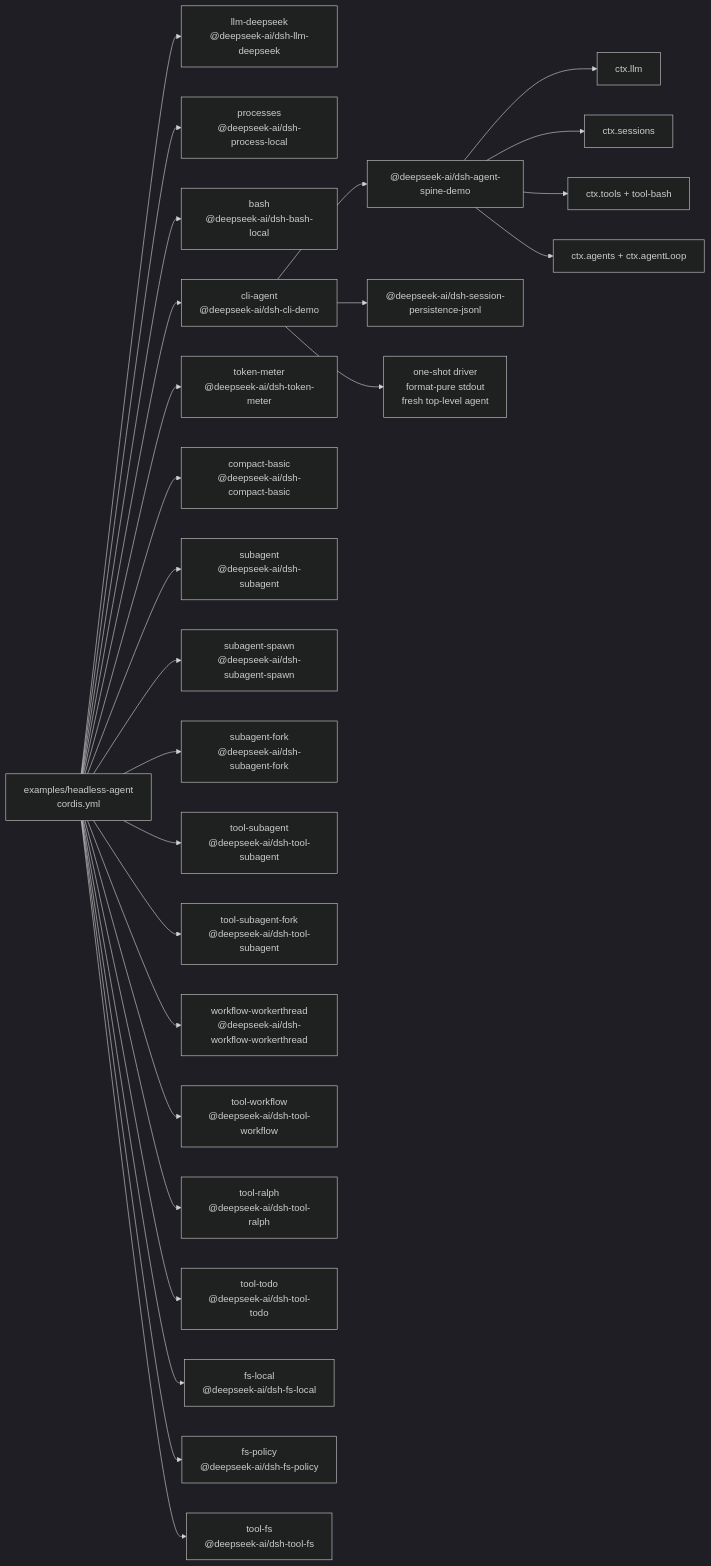
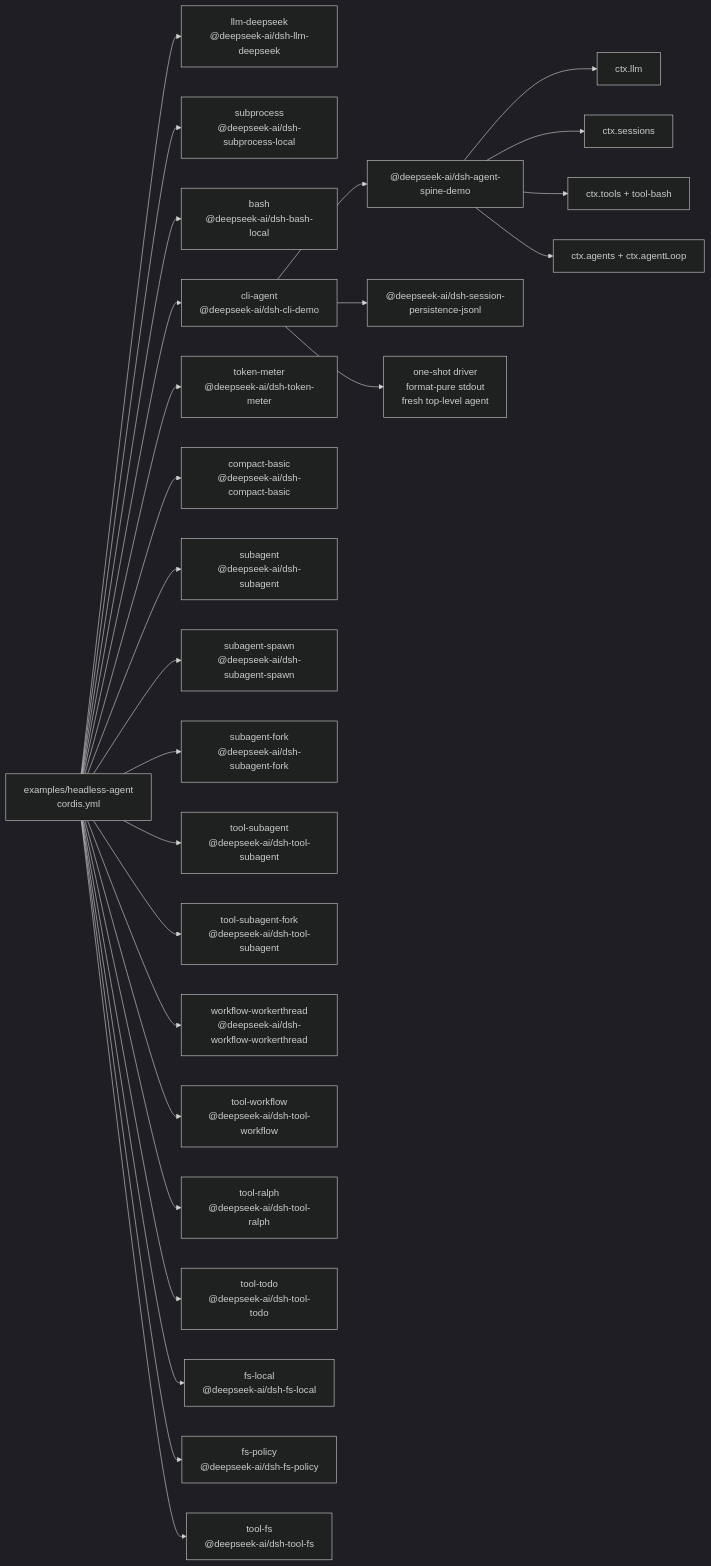
The diagram in examples/headless-agent/composition.md (007M7/DeepCode), drawn with Mermaid (dark theme) before and after one commit. The commit also changed other lines of this file and 109 other files, not shown here.

First line of the commit message:
refactor(subprocess): rename the process seam to subprocess and address review

````diff
--- a/examples/headless-agent/composition.md
+++ b/examples/headless-agent/composition.md
@@ -8,47 +8,47 @@
 ```mermaid
 flowchart LR
   cfg["examples/headless-agent<br/>cordis.yml"]
   plugin_headless_llm_deepseek["llm-deepseek<br/>@deepseek-ai/dsh-llm-deepseek"]
   cfg --> plugin_headless_llm_deepseek
-  plugin_headless_processes["processes<br/>@deepseek-ai/dsh-process-local"]
-  cfg --> plugin_headless_processes
+  plugin_headless_subprocess["subprocess<br/>@deepseek-ai/dsh-subprocess-local"]
+  cfg --> plugin_headless_subprocess
   plugin_headless_bash["bash<br/>@deepseek-ai/dsh-bash-local"]
   cfg --> plugin_headless_bash
   plugin_headless_cli_agent["cli-agent<br/>@deepseek-ai/dsh-cli-demo"]
   cfg --> plugin_headless_cli_agent
   plugin_headless_cli_agent --> bundle_agent_core["@deepseek-ai/dsh-agent-spine-demo"]
   plugin_headless_cli_agent --> bundle_jsonl["@deepseek-ai/dsh-session-persistence-jsonl"]
   plugin_headless_cli_agent --> frontdoor_cli["one-shot driver<br/>format-pure stdout<br/>fresh top-level agent"]
   bundle_agent_core --> spine_llm["ctx.llm"]
   bundle_agent_core --> spine_sessions["ctx.sessions"]
   bundle_agent_core --> spine_tools["ctx.tools + tool-bash"]
   bundle_agent_core --> spine_loop["ctx.agents + ctx.agentLoop"]
   plugin_headless_token_meter["token-meter<br/>@deepseek-ai/dsh-token-meter"]
   cfg --> plugin_headless_token_meter
   plugin_headless_compact_basic["compact-basic<br/>@deepseek-ai/dsh-compact-basic"]
   cfg --> plugin_headless_compact_basic
   plugin_headless_subagent["subagent<br/>@deepseek-ai/dsh-subagent"]
   cfg --> plugin_headless_subagent
   plugin_headless_subagent_spawn["subagent-spawn<br/>@deepseek-ai/dsh-subagent-spawn"]
   cfg --> plugin_headless_subagent_spawn
   plugin_headless_subagent_fork["subagent-fork<br/>@deepseek-ai/dsh-subagent-fork"]
   cfg --> plugin_headless_subagent_fork
   plugin_headless_tool_subagent["tool-subagent<br/>@deepseek-ai/dsh-tool-subagent"]
   cfg --> plugin_headless_tool_subagent
   plugin_headless_tool_subagent_fork["tool-subagent-fork<br/>@deepseek-ai/dsh-tool-subagent"]
   cfg --> plugin_headless_tool_subagent_fork
   plugin_headless_workflow_workerthread["workflow-workerthread<br/>@deepseek-ai/dsh-workflow-workerthread"]
   cfg --> plugin_headless_workflow_workerthread
   plugin_headless_tool_workflow["tool-workflow<br/>@deepseek-ai/dsh-tool-workflow"]
   cfg --> plugin_headless_tool_workflow
   plugin_headless_tool_ralph["tool-ralph<br/>@deepseek-ai/dsh-tool-ralph"]
   cfg --> plugin_headless_tool_ralph
   plugin_headless_tool_todo["tool-todo<br/>@deepseek-ai/dsh-tool-todo"]
   cfg --> plugin_headless_tool_todo
   plugin_headless_fs_local["fs-local<br/>@deepseek-ai/dsh-fs-local"]
   cfg --> plugin_headless_fs_local
   plugin_headless_fs_policy["fs-policy<br/>@deepseek-ai/dsh-fs-policy"]
   cfg --> plugin_headless_fs_policy
   plugin_headless_tool_fs["tool-fs<br/>@deepseek-ai/dsh-tool-fs"]
   cfg --> plugin_headless_tool_fs
 ```
````
